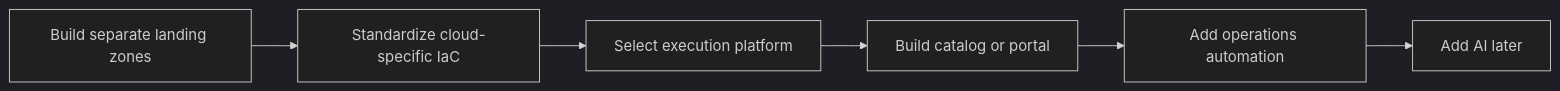
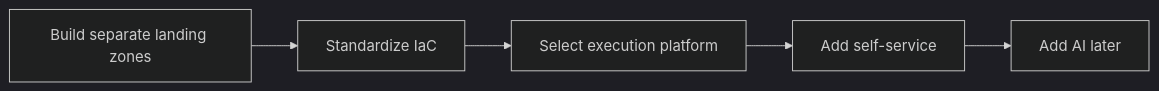
One commit to SAABOLImpactVenture/ai-powered-infrastructure-as-a-product changed the first of 2 diagrams in docs/THESIS.md. Above: the diagram before and after it, drawn with Mermaid (dark theme). The commit also changed other lines of this file and 1052 other files, not shown here.

First line of the commit message:
Supersede legacy accelerator stack with modern IaaP reference architecture (#91)

````diff
--- a/docs/THESIS.md
+++ b/docs/THESIS.md
@@ -67,8 +27,7 @@
 ```mermaid
 flowchart LR
-  LZ[Build separate landing zones] --> IAC[Standardize cloud-specific IaC]
-  IAC --> EXEC[Select execution platform]
-  EXEC --> CAT[Build catalog or portal]
-  CAT --> OPS[Add operations automation]
-  OPS --> AI[Add AI later]
+  A[Build separate landing zones] --> B[Standardize IaC]
+  B --> C[Select execution platform]
+  C --> D[Add self-service]
+  D --> E[Add AI later]
 ```
````
